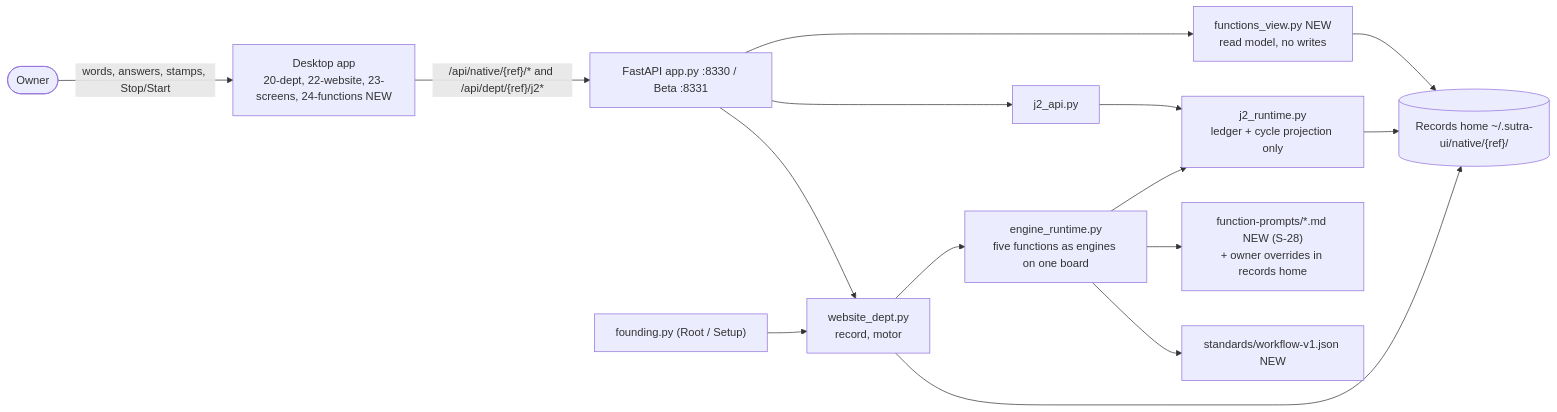
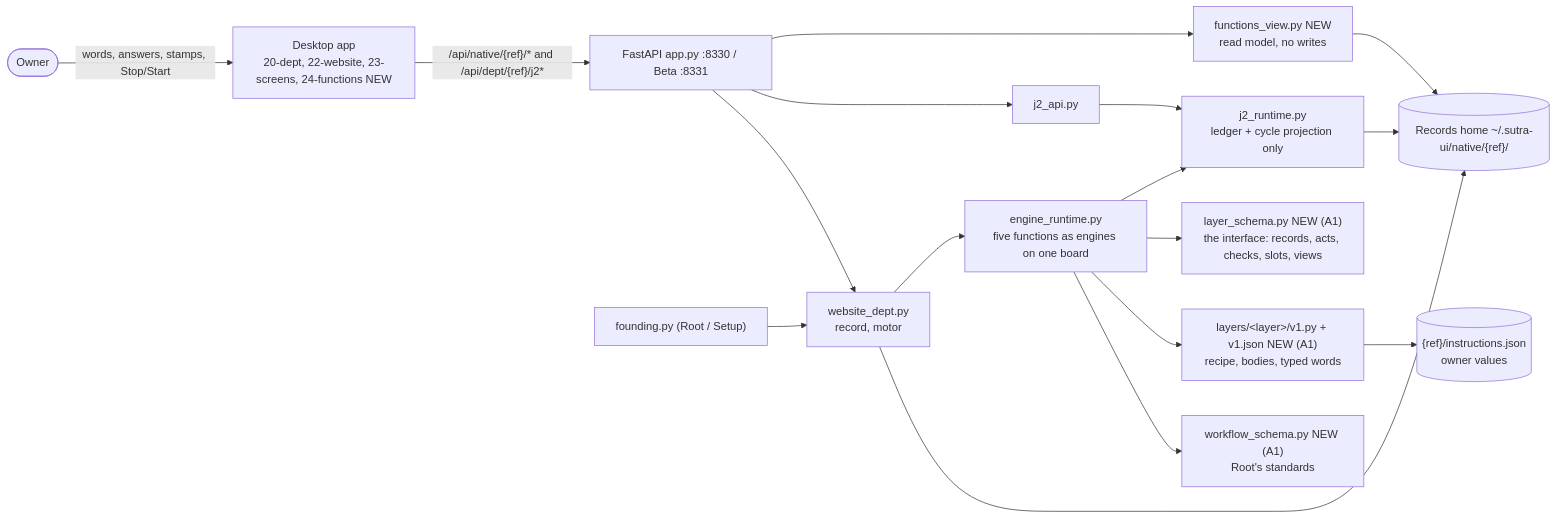
One commit to sankalpasawa/sutra changed the first of 3 diagrams in marketplace/plugin/sutra-ui/design/PRD-FIVE-FUNCTIONS.md. Above: the diagram before and after it, drawn with Mermaid. The commit also changed other lines of this file and 2 other files, not shown here.

First line of the commit message:
sutra-ui design: amendment A1, the interface schema layer

````diff
--- a/marketplace/plugin/sutra-ui/design/PRD-FIVE-FUNCTIONS.md
+++ b/marketplace/plugin/sutra-ui/design/PRD-FIVE-FUNCTIONS.md
@@ -251,17 +258,19 @@
 ```mermaid
 flowchart LR
   Owner(["Owner"]) -->|"words, answers, stamps, Stop/Start"| UI["Desktop app<br/>20-dept, 22-website, 23-screens, 24-functions NEW"]
   UI -->|"/api/native/{ref}/* and /api/dept/{ref}/j2*"| API["FastAPI app.py :8330 / Beta :8331"]
   API --> FV["functions_view.py NEW<br/>read model, no writes"]
   API --> JA["j2_api.py"]
   API --> W["website_dept.py<br/>record, motor"]
   JA --> J["j2_runtime.py<br/>ledger + cycle projection only"]
   W --> R["engine_runtime.py<br/>five functions as engines on one board"]
   R --> J
-  R --> FP["function-prompts/*.md NEW (S-28)<br/>+ owner overrides in records home"]
-  R --> STD["standards/workflow-v1.json NEW"]
+  R --> LS["layer_schema.py NEW (A1)<br/>the interface: records, acts, checks, slots, views"]
+  R --> LM["layers/&lt;layer&gt;/v1.py + v1.json NEW (A1)<br/>recipe, bodies, typed words"]
+  R --> WS["workflow_schema.py NEW (A1)<br/>Root's standards"]
+  LM --> IV[("{ref}/instructions.json<br/>owner values")]
   F["founding.py (Root / Setup)"] --> W
   FV --> REC[("Records home ~/.sutra-ui/native/{ref}/")]
   W --> REC
   J --> REC
 ```
````
